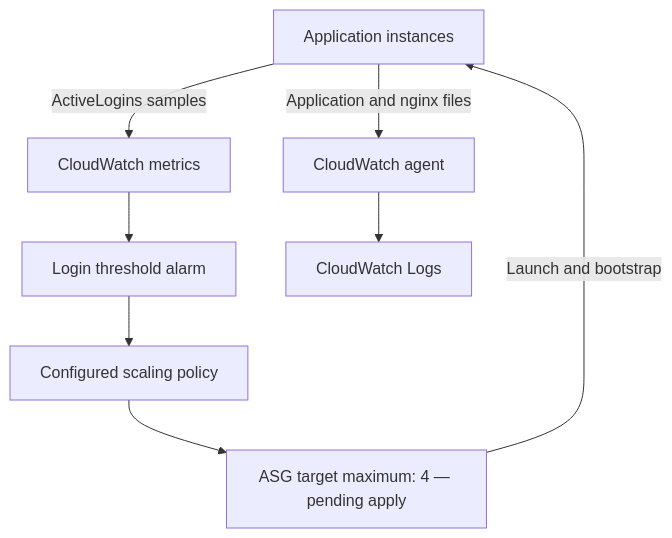
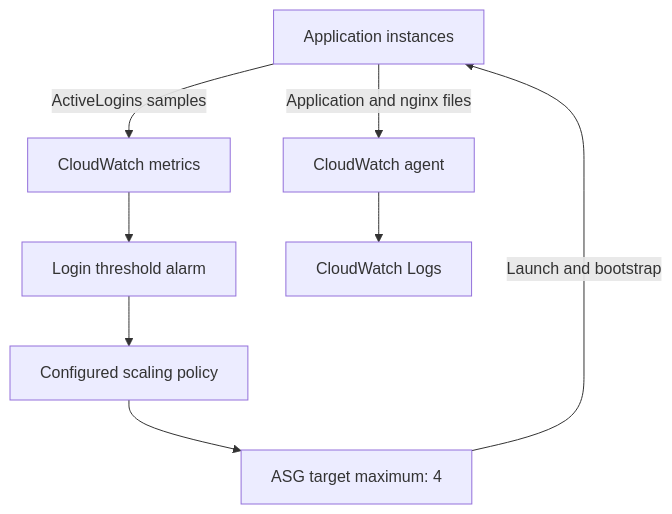
Before and after one commit to MaxwellMensah/retrograde: the second of 2 diagrams in README.md, drawn with Mermaid. The commit also changed other lines of this file, not shown here.

````diff
--- a/README.md
+++ b/README.md
@@ -149,10 +149,10 @@
 ```mermaid
 flowchart TD
     App[Application instances] -->|ActiveLogins samples| Metrics[CloudWatch metrics]
     Metrics --> Alarm[Login threshold alarm]
     Alarm --> Policy[Configured scaling policy]
-    Policy --> ASG["ASG target maximum: 4 — pending apply"]
+    Policy --> ASG["ASG target maximum: 4"]
     ASG -->|Launch and bootstrap| App
     App -->|Application and nginx files| Agent[CloudWatch agent]
     Agent --> Logs[CloudWatch Logs]
 ```
````
